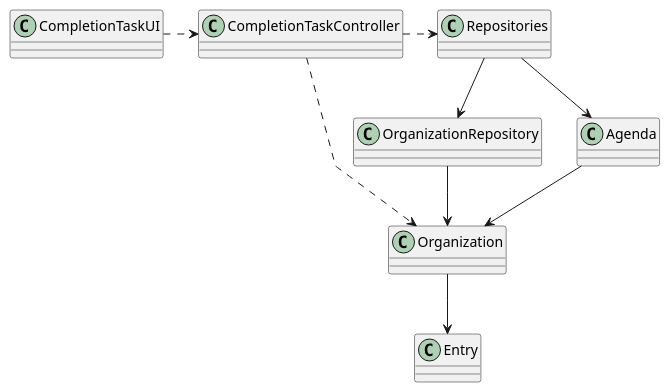
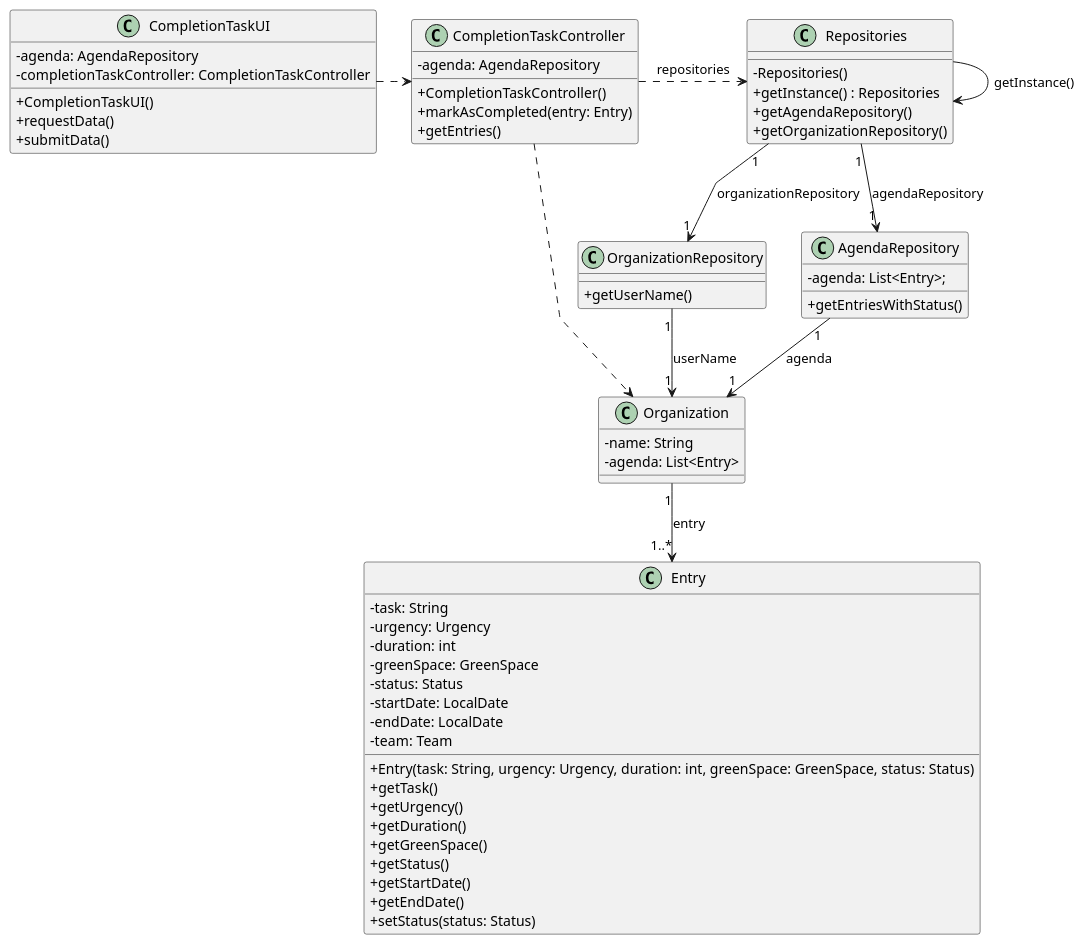
One commit to Departamento-de-Engenharia-Informatica/lei-24-s2-1df-1de-g063 changed the diagram in docs/SprintC/us29/03.design/puml/us029-class-diagram.puml. Above: the diagram before and after it, drawn with PlantUML. The commit also changed 58 other files, not shown here.

```diff
--- a/docs/SprintC/us29/03.design/puml/us029-class-diagram.puml
+++ b/docs/SprintC/us29/03.design/puml/us029-class-diagram.puml
@@ -1,49 +1,78 @@
 @startuml
 'skinparam monochrome true
 skinparam packageStyle rectangle
 skinparam shadowing false
 skinparam linetype polyline
 'skinparam linetype orto
 
 skinparam classAttributeIconSize 0
 
 'left to right direction
 
 class CompletionTaskUI{
-
+    - agenda: AgendaRepository
+    - completionTaskController: CompletionTaskController
+    + CompletionTaskUI()
+    + requestData()
+    + submitData()
 }
 
 class CompletionTaskController{
-
+    - agenda: AgendaRepository
+    + CompletionTaskController()
+    + markAsCompleted(entry: Entry)
+    + getEntries()
 }
 
 class Organization{
-
+    - name: String
+    - agenda: List<Entry>
 }
 
 class OrganizationRepository{
-
+    + getUserName()
 }
 
-class Agenda{
-
+class AgendaRepository{
+    - agenda: List<Entry>;
+    + getEntriesWithStatus()
 }
 
 class Repositories{
-
+    - Repositories()
+    + getInstance() : Repositories
+    + getAgendaRepository()
+    + getOrganizationRepository()
 }
 
 class Entry{
-
+    - task: String
+    - urgency: Urgency
+    - duration: int
+    - greenSpace: GreenSpace
+    - status: Status
+    - startDate: LocalDate
+    - endDate: LocalDate
+    - team: Team
+    + Entry(task: String, urgency: Urgency, duration: int, greenSpace: GreenSpace, status: Status)
+    + getTask()
+    + getUrgency()
+    + getDuration()
+    + getGreenSpace()
+    + getStatus()
+    + getStartDate()
+    + getEndDate()
+    + setStatus(status: Status)
 }
 
 CompletionTaskUI .> CompletionTaskController
 CompletionTaskController ..> Organization
-CompletionTaskController .> Repositories
-Repositories --> OrganizationRepository
-Repositories --> Agenda
-OrganizationRepository --> Organization
-Agenda --> Organization
-Organization --> Entry
+CompletionTaskController .> Repositories: repositories
+Repositories "1" --> "1"OrganizationRepository: organizationRepository
+Repositories "1"--> "1"AgendaRepository: agendaRepository
+OrganizationRepository"1" --> "1"Organization: userName
+AgendaRepository"1" --> "1"Organization: agenda
+Organization"1" --> "1..*"Entry: entry
+Repositories --> Repositories : getInstance()
 
 @enduml
```
